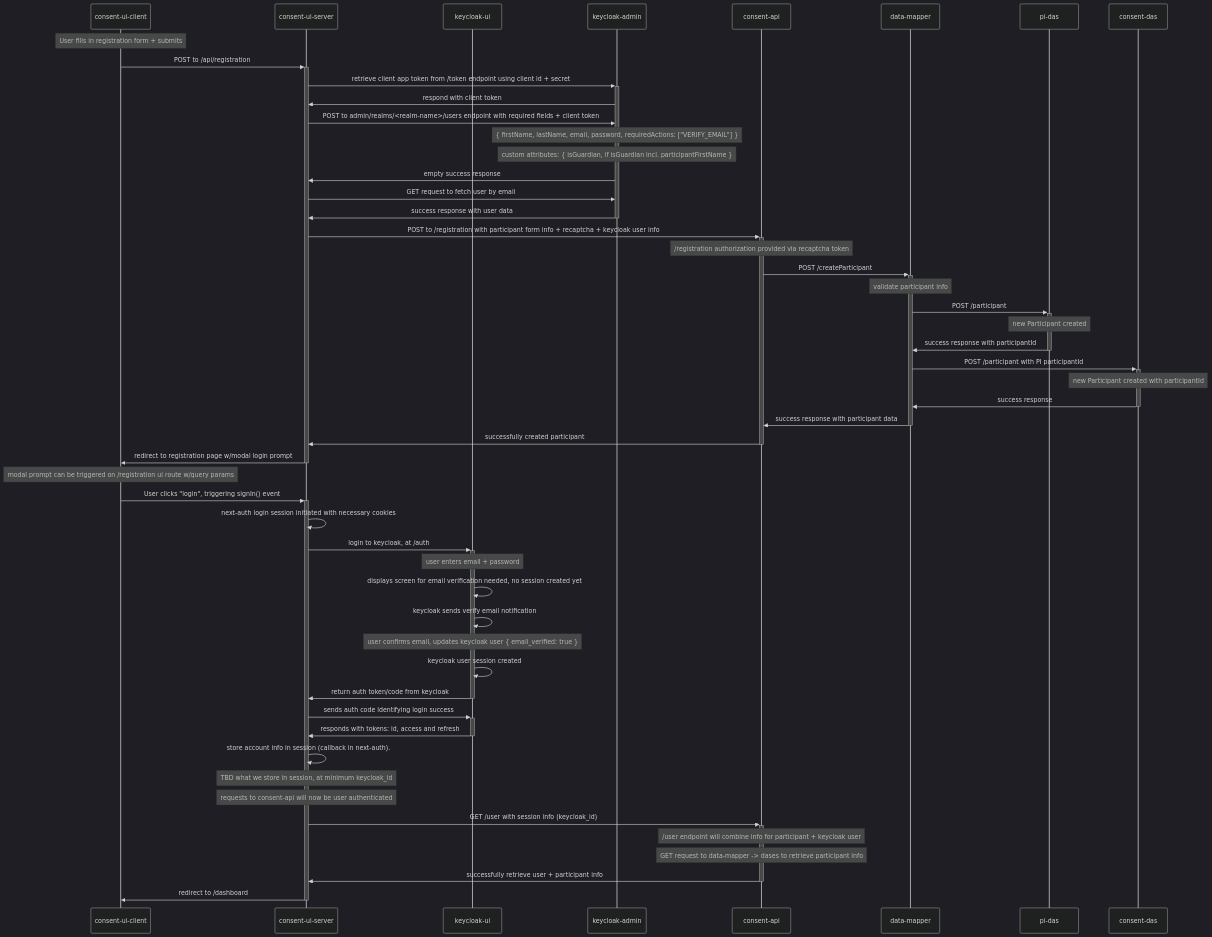
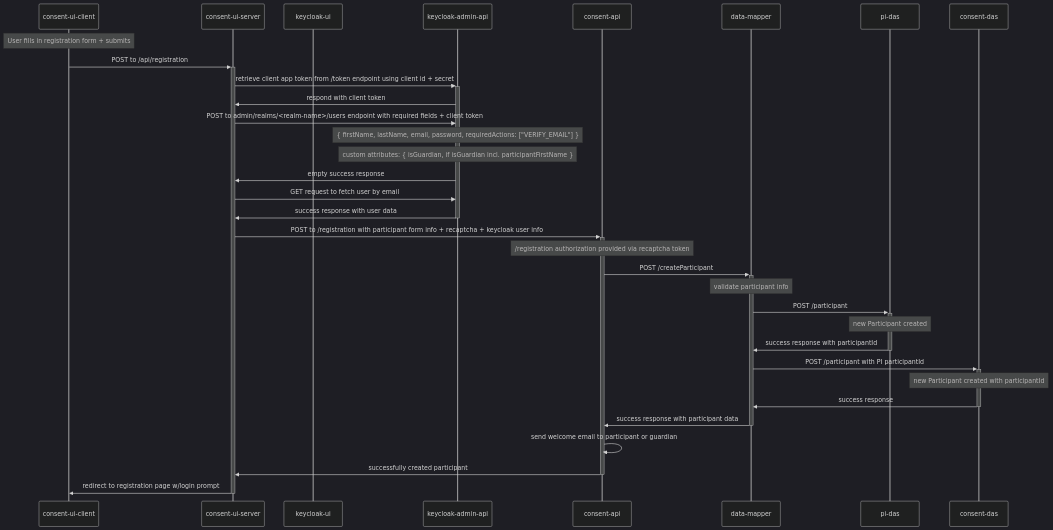
Before and after one commit to OHCRN/platform: the first of 2 diagrams in docs/registration-flow.md, drawn with Mermaid (dark theme). The commit also changed other lines of this file, not shown here.

Commit message:
split diagram into parts A + B

````diff
--- a/docs/registration-flow.md
+++ b/docs/registration-flow.md
@@ -1,55 +6,36 @@
 ```mermaid
 sequenceDiagram
     participant client as consent-ui-client
     participant server as consent-ui-server
     participant keycloak-ui
-    participant keycloak as keycloak-admin
+    participant keycloak as keycloak-admin-api
     participant consent-api
     participant data-mapper
     participant pi-das
     participant consent-das
 
     Note over client: User fills in registration form + submits
     client->>+server: POST to /api/registration
     server->>+keycloak: retrieve client app token from /token endpoint using client id + secret
     keycloak->>server: respond with client token
     server->>keycloak: POST to admin/realms/<realm-name>/users endpoint with required fields + client token
     Note over keycloak: { firstName, lastName, email, password, requiredActions: ["VERIFY_EMAIL"] }
     Note over keycloak: custom attributes: { isGuardian, if isGuardian incl. participantFirstName }
     keycloak->>server: empty success response
     server->>keycloak: GET request to fetch user by email
     keycloak->>-server: success response with user data
     server->>+consent-api: POST to /registration with participant form info + recaptcha + keycloak user info
     Note over consent-api: /registration authorization provided via recaptcha token
     consent-api->>+data-mapper: POST /createParticipant
     Note over data-mapper: validate participant info
     data-mapper->>+pi-das: POST /participant
     Note over pi-das: new Participant created
     pi-das->>-data-mapper: success response with participantId
     data-mapper->>+consent-das: POST /participant with PI participantId
     Note over consent-das: new Participant created with participantId
     consent-das->>-data-mapper: success response
     data-mapper->>-consent-api: success response with participant data
+    consent-api->>consent-api: send welcome email to participant or guardian
     consent-api->>-server: successfully created participant
-    server->>-client: redirect to registration page w/modal login prompt
-    Note over client: modal prompt can be triggered on /registration ui route w/query params 
-    client->>+server: User clicks "login", triggering signIn() event
-    server->>server: next-auth login session initiated with necessary cookies
-    server->>+keycloak-ui: login to keycloak, at /auth
-    Note over keycloak-ui: user enters email + password
-    keycloak-ui->>keycloak-ui: displays screen for email verification needed, no session created yet
-    keycloak-ui->>keycloak-ui: keycloak sends verify email notification
-    Note over keycloak-ui: user confirms email, updates keycloak user { email_verified: true }
-    keycloak-ui->>keycloak-ui: keycloak user session created
-    keycloak-ui->>-server: return auth token/code from keycloak
-    server->>+keycloak-ui: sends auth code identifying login success
-    keycloak-ui->>-server: responds with tokens: id, access and refresh
-    server->>server: store account info in session (callback in next-auth).
-    Note over server: TBD what we store in session, at minimum keycloak_id
-    Note over server: requests to consent-api will now be user authenticated
-    server->>+consent-api: GET /user with session info (keycloak_id)
-    Note over consent-api: /user endpoint will combine info for participant + keycloak user
-    Note over consent-api: GET request to data-mapper -> dases to retrieve participant info
-    consent-api->>-server: successfully retrieve user + participant info
-    server->>-client: redirect to /dashboard
+    server->>-client: redirect to registration page w/login prompt
 ```
````
